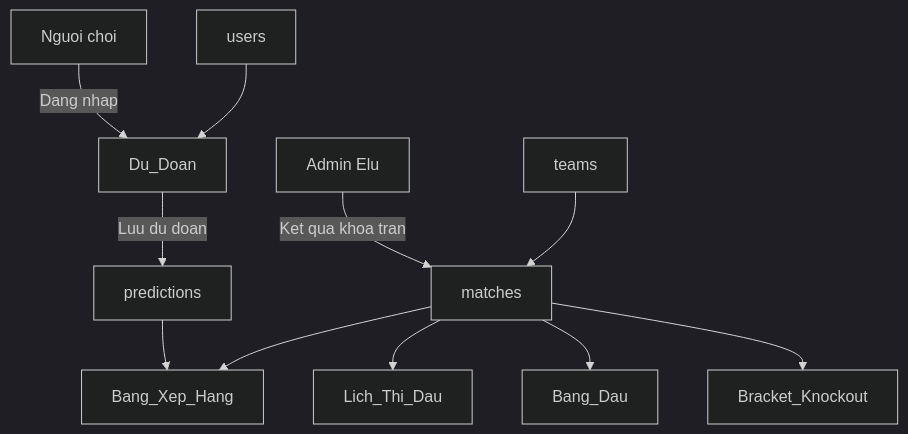
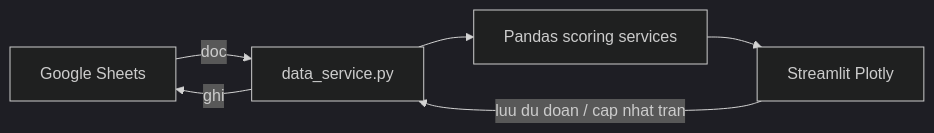
Before and after one commit to elucidator0409/wc2026_predictor: the diagram in README.md, drawn with Mermaid (dark theme). The commit also changed other lines of this file and 24 other files, not shown here.

First line of the commit message:
Fix Cloud widget CSS, embed knockout bracket on Home, and refresh docs.

````diff
--- a/README.md
+++ b/README.md
@@ -40,13 +42,13 @@
 ```mermaid
-flowchart TB
-    User[Nguoi choi] -->|Dang nhap| PredPage[Du_Doan]
-    PredPage -->|Luu du doan| SheetPred[predictions]
-    Admin[Admin Elu] -->|Ket qua khoa tran| SheetMatch[matches]
-    SheetPred --> Leaderboard[Bang_Xep_Hang]
-    SheetMatch --> Leaderboard
-    SheetMatch --> Fixtures[Lich_Thi_Dau]
-    SheetMatch --> Groups[Bang_Dau]
-    SheetMatch --> Bracket[Bracket_Knockout]
-    SheetUsers[users] --> PredPage
-    SheetTeams[teams] --> SheetMatch
+flowchart LR
+  GS[Google Sheets]
+  DS[data_service.py]
+  PD[Pandas scoring services]
+  ST[Streamlit Plotly]
+
+  GS -->|doc| DS
+  DS --> PD
+  PD --> ST
+  ST -->|luu du doan / cap nhat tran| DS
+  DS -->|ghi| GS
 ```
````
